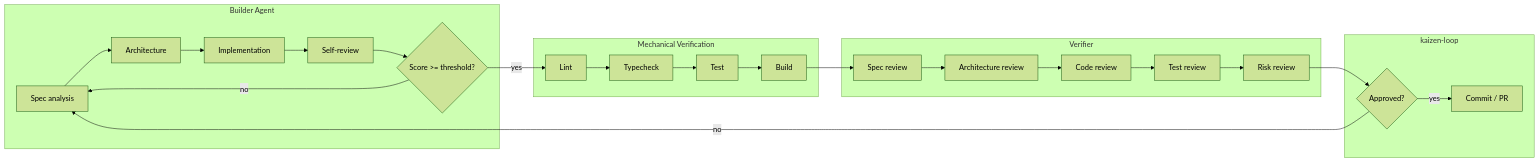
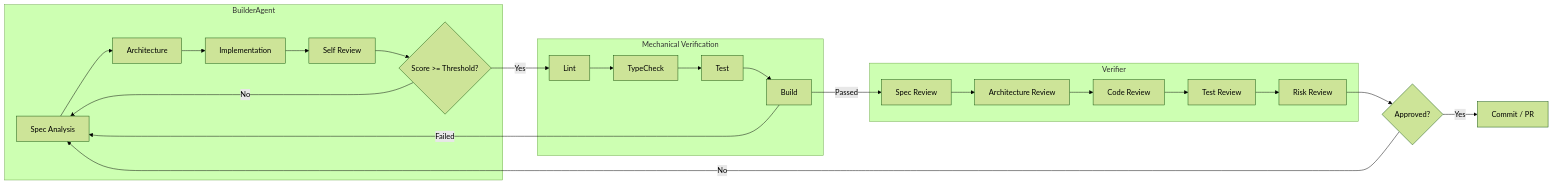
The fourth of 7 diagrams in docs/architecture.md (kaizen-agents-org/.github), drawn with Mermaid (forest theme) before and after one commit. The commit also changed 1 other file, not shown here.

Commit message:
docs: clarify responsibility flow

````diff
--- a/docs/architecture.md
+++ b/docs/architecture.md
@@ -110,40 +110,39 @@
 ```mermaid
 flowchart LR
-    subgraph BA["Builder Agent"]
-        A["Spec analysis"]
-        B["Architecture"]
-        C["Implementation"]
-        D["Self-review"]
-        E{"Score >= threshold?"}
-        A --> B --> C --> D --> E
+    subgraph BuilderAgent["BuilderAgent"]
+        BA1["Spec Analysis"]
+        BA2["Architecture"]
+        BA3["Implementation"]
+        BA4["Self Review"]
+        BA5{"Score >= Threshold?"}
+        BA1 --> BA2 --> BA3 --> BA4 --> BA5
+        BA5 -->|No| BA1
     end
 
-    subgraph MV["Mechanical Verification"]
-        F["Lint"]
-        G["Typecheck"]
-        H["Test"]
-        I["Build"]
-        F --> G --> H --> I
+    subgraph MechanicalVerification["Mechanical Verification"]
+        MV1["Lint"]
+        MV2["TypeCheck"]
+        MV3["Test"]
+        MV4["Build"]
+        MV1 --> MV2 --> MV3 --> MV4
     end
 
-    subgraph VF["Verifier"]
-        J["Spec review"]
-        K["Architecture review"]
-        L["Code review"]
-        M["Test review"]
-        N["Risk review"]
-        J --> K --> L --> M --> N
+    subgraph Verifier["Verifier"]
+        VF1["Spec Review"]
+        VF2["Architecture Review"]
+        VF3["Code Review"]
+        VF4["Test Review"]
+        VF5["Risk Review"]
+        VF1 --> VF2 --> VF3 --> VF4 --> VF5
     end
 
-    subgraph KL["kaizen-loop"]
-        O{"Approved?"}
-        P["Commit / PR"]
-    end
+    Gate{"Approved?"}
+    Output["Commit / PR"]
 
-    E -->|no| A
-    E -->|yes| F
-    I --> J
-    N --> O
-    O -->|no| A
-    O -->|yes| P
+    BA5 -->|Yes| MV1
+    MV4 -->|Failed| BA1
+    MV4 -->|Passed| VF1
+    VF5 --> Gate
+    Gate -->|No| BA1
+    Gate -->|Yes| Output
 ```
````
